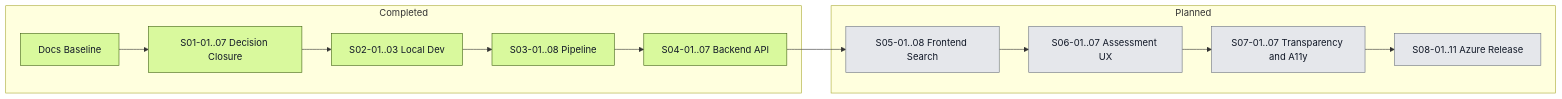
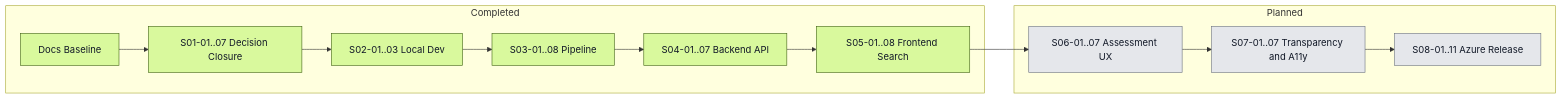
Before and after one commit to artemsemdev/SeaRise-Europe: the second of 2 diagrams in docs/delivery/ROADMAP.md, drawn with Mermaid. The commit also changed other lines of this file and 37 other files, not shown here.

Commit message:
feat: Epic 05 Frontend Shell and Search Flow implemented

````diff
--- a/docs/delivery/ROADMAP.md
+++ b/docs/delivery/ROADMAP.md
@@ -193,25 +193,25 @@
 ```mermaid
 flowchart LR
     subgraph Completed
         B[Docs Baseline]
         W1[S01-01..07 Decision Closure]
         W2[S02-01..03 Local Dev]
         W3[S03-01..08 Pipeline]
         W4[S04-01..07 Backend API]
+        W5[S05-01..08 Frontend Search]
     end
 
     subgraph Planned
-        W5[S05-01..08 Frontend Search]
         W6[S06-01..07 Assessment UX]
         W7[S07-01..07 Transparency and A11y]
         W8[S08-01..11 Azure Release]
     end
 
     B --> W1 --> W2 --> W3 --> W4 --> W5 --> W6 --> W7 --> W8
 
     classDef done fill:#d9f99d,stroke:#3f6212,color:#111827;
     classDef later fill:#e5e7eb,stroke:#6b7280,color:#111827;
 
-    class B,W1,W2,W3,W4 done;
-    class W5,W6,W7,W8 later;
+    class B,W1,W2,W3,W4,W5 done;
+    class W6,W7,W8 later;
 ```
````
